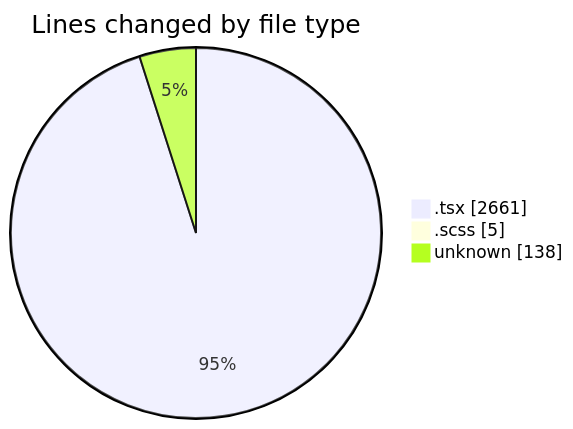
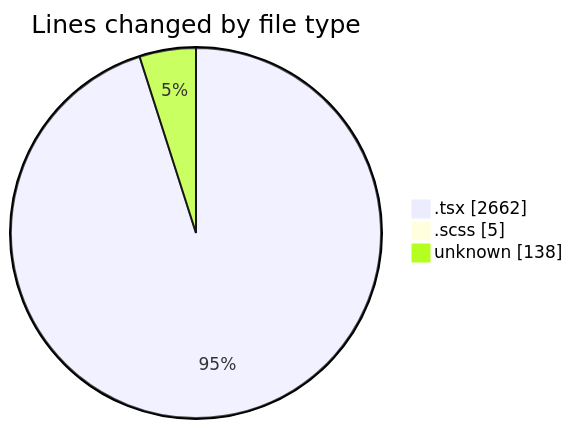
One commit to momahboobian/code-tracking changed the first of 2 diagrams in 2026-10-13/cda/README.md. Above: the diagram before and after it, drawn with Mermaid. The commit also changed other lines of this file and 1 other file, not shown here.

````diff
--- a/2026-10-13/cda/README.md
+++ b/2026-10-13/cda/README.md
@@ -35,7 +35,7 @@
 ```mermaid
 pie showData
 title Lines changed by file type
-".tsx" : 2661
+".tsx" : 2662
 ".scss" : 5
 "unknown" : 138
 ```
````
